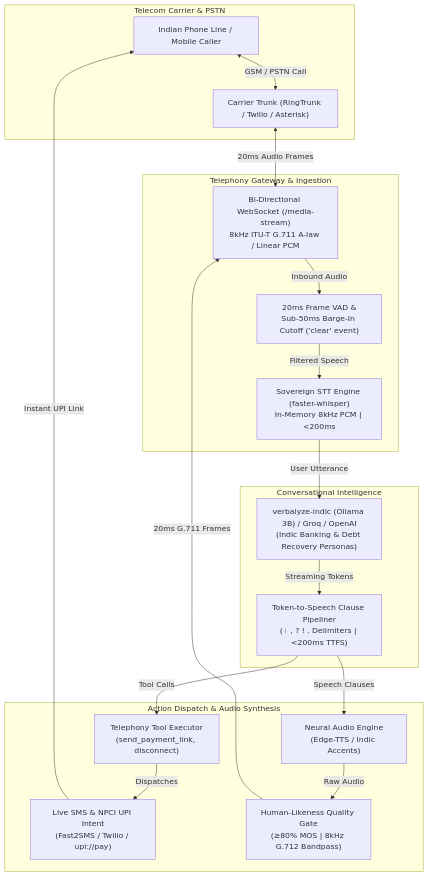
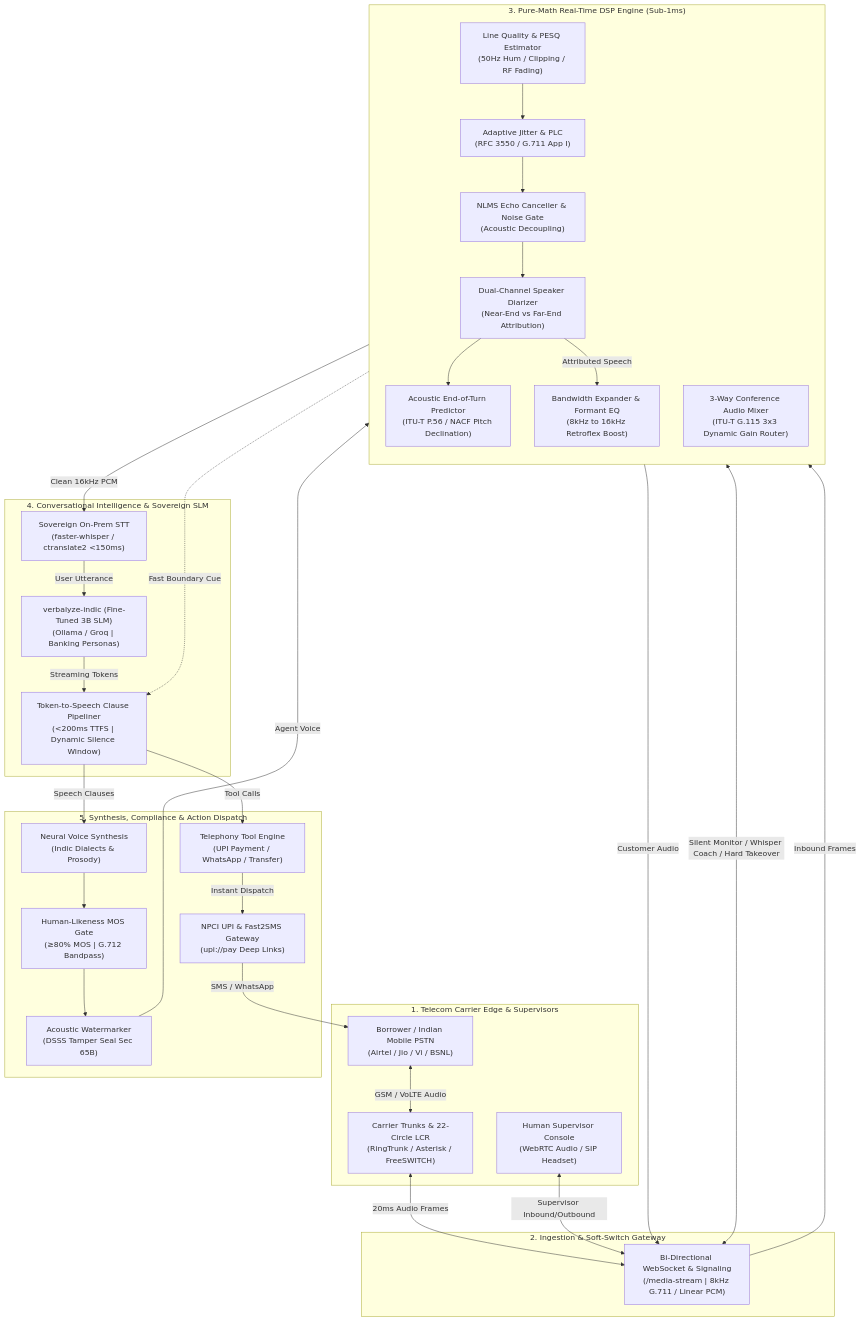
Before and after one commit to ansh-rohilla/Verbalyze: the diagram in README.md, drawn with Mermaid. The commit also changed other lines of this file, not shown here.

Commit message:
docs: update system architecture and pure-math telephony DSP modules in README

````diff
--- a/README.md
+++ b/README.md
@@ -17,39 +17,60 @@
 ```mermaid
 flowchart TD
-    subgraph Telecom["Telecom Carrier & PSTN"]
-        Caller["Indian Phone Line / Mobile Caller"]
-        Carrier["Carrier Trunk (RingTrunk / Twilio / Asterisk)"]
-        Caller <-->|"GSM / PSTN Call"| Carrier
+    subgraph Telecom["1. Telecom Carrier Edge & Supervisors"]
+        Caller["Borrower / Indian Mobile PSTN<br/>(Airtel / Jio / Vi / BSNL)"]
+        Carrier["Carrier Trunks & 22-Circle LCR<br/>(RingTrunk / Asterisk / FreeSWITCH)"]
+        Supervisor["Human Supervisor Console<br/>(WebRTC Audio / SIP Headset)"]
+        Caller <-->|"GSM / VoLTE Audio"| Carrier
     end
 
-    subgraph Gateway["Telephony Gateway & Ingestion"]
-        WS["Bi-Directional WebSocket (/media-stream)<br/>8kHz ITU-T G.711 A-law / Linear PCM"]
-        VAD["20ms Frame VAD &<br/>Sub-50ms Barge-In Cutoff ('clear' event)"]
-        STT["Sovereign STT Engine (faster-whisper)<br/>In-Memory 8kHz PCM | &lt;200ms"]
+    subgraph Gateway["2. Ingestion & Soft-Switch Gateway"]
+        WS["Bi-Directional WebSocket & Signaling<br/>(/media-stream | 8kHz G.711 / Linear PCM)"]
         Carrier <-->|"20ms Audio Frames"| WS
-        WS -->|"Inbound Audio"| VAD
-        VAD -->|"Filtered Speech"| STT
+        Supervisor <-->|"Supervisor Inbound/Outbound"| WS
     end
 
-    subgraph Intelligence["Conversational Intelligence"]
-        SLM["verbalyze-indic (Ollama 3B) / Groq / OpenAI<br/>(Indic Banking & Debt Recovery Personas)"]
-        Streamer["Token-to-Speech Clause Pipeliner<br/>(। , ? ! . Delimiters | &lt;200ms TTFS)"]
+    subgraph DSP["3. Pure-Math Real-Time DSP Engine (Sub-1ms)"]
+        direction TB
+        QC["Line Quality & PESQ Estimator<br/>(50Hz Hum / Clipping / RF Fading)"]
+        Jitter["Adaptive Jitter & PLC<br/>(RFC 3550 / G.711 App I)"]
+        AEC["NLMS Echo Canceller & Noise Gate<br/>(Acoustic Decoupling)"]
+        Diarizer["Dual-Channel Speaker Diarizer<br/>(Near-End vs Far-End Attribution)"]
+        EoT["Acoustic End-of-Turn Predictor<br/>(ITU-T P.56 / NACF Pitch Declination)"]
+        BWE["Bandwidth Expander & Formant EQ<br/>(8kHz to 16kHz Retroflex Boost)"]
+        Mixer["3-Way Conference Audio Mixer<br/>(ITU-T G.115 3x3 Dynamic Gain Router)"]
+
+        WS -->|"Inbound Frames"| QC
+        QC --> Jitter --> AEC --> Diarizer --> EoT
+        Diarizer -->|"Attributed Speech"| BWE
+    end
+
+    subgraph Core["4. Conversational Intelligence & Sovereign SLM"]
+        STT["Sovereign On-Prem STT<br/>(faster-whisper / ctranslate2 &lt;150ms)"]
+        SLM["verbalyze-indic (Fine-Tuned 3B SLM)<br/>(Ollama / Groq | Banking Personas)"]
+        Streamer["Token-to-Speech Clause Pipeliner<br/>(&lt;200ms TTFS | Dynamic Silence Window)"]
+        
+        BWE -->|"Clean 16kHz PCM"| STT
+        EoT -.->|"Fast Boundary Cue"| Streamer
         STT -->|"User Utterance"| SLM
         SLM -->|"Streaming Tokens"| Streamer
     end
 
-    subgraph Actions["Action Dispatch & Audio Synthesis"]
-        Tools["Telephony Tool Executor<br/>(send_payment_link, disconnect)"]
-        SMS["Live SMS & NPCI UPI Intent<br/>(Fast2SMS / Twilio / upi://pay)"]
-        TTS["Neural Audio Engine<br/>(Edge-TTS / Indic Accents)"]
-        Gate["Human-Likeness Quality Gate<br/>(&ge;80% MOS | 8kHz G.712 Bandpass)"]
-        
-        Streamer -->|"Tool Calls"| Tools
-        Tools -->|"Dispatches"| SMS
-        SMS -->|"Instant UPI Link"| Caller
+    subgraph Actions["5. Synthesis, Compliance & Action Dispatch"]
+        TTS["Neural Voice Synthesis<br/>(Indic Dialects & Prosody)"]
+        Gate["Human-Likeness MOS Gate<br/>(&ge;80% MOS | G.712 Bandpass)"]
+        Watermark["Acoustic Watermarker<br/>(DSSS Tamper Seal Sec 65B)"]
+        Tools["Telephony Tool Engine<br/>(UPI Payment / WhatsApp / Transfer)"]
+        SMS["NPCI UPI & Fast2SMS Gateway<br/>(upi://pay Deep Links)"]
 
         Streamer -->|"Speech Clauses"| TTS
-        TTS -->|"Raw Audio"| Gate
-        Gate -->|"20ms G.711 Frames"| WS
+        TTS --> Gate --> Watermark
+        Watermark -->|"Agent Voice"| Mixer
+
+        Streamer -->|"Tool Calls"| Tools
+        Tools -->|"Instant Dispatch"| SMS
+        SMS -->|"SMS / WhatsApp"| Caller
     end
+
+    Mixer -->|"Customer Audio"| WS
+    Mixer <-->|"Silent Monitor / Whisper Coach / Hard Takeover"| WS
 ```
````
